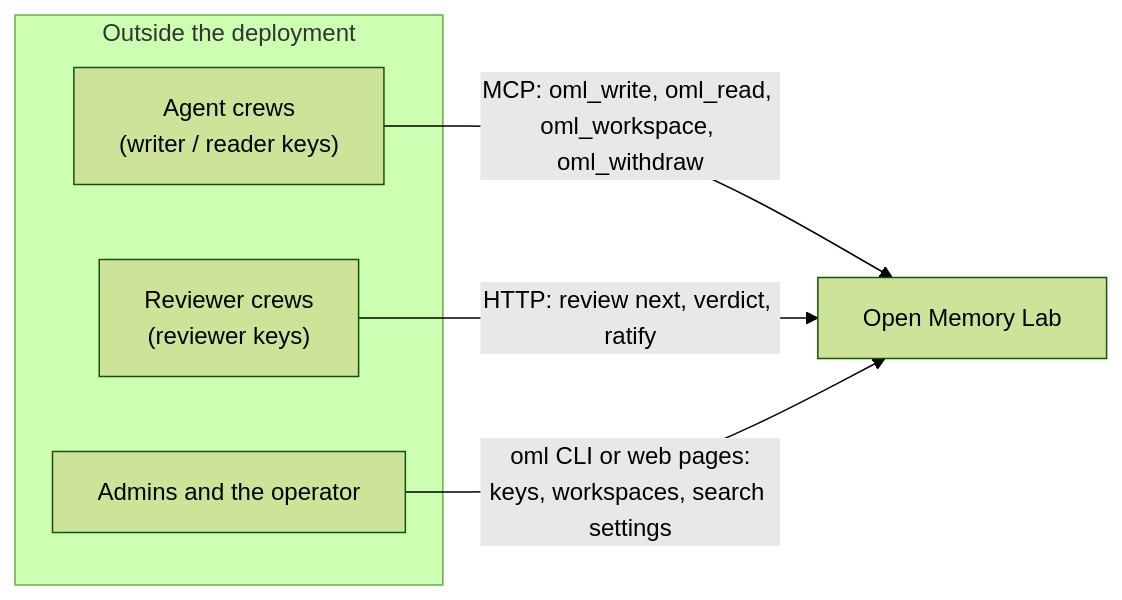
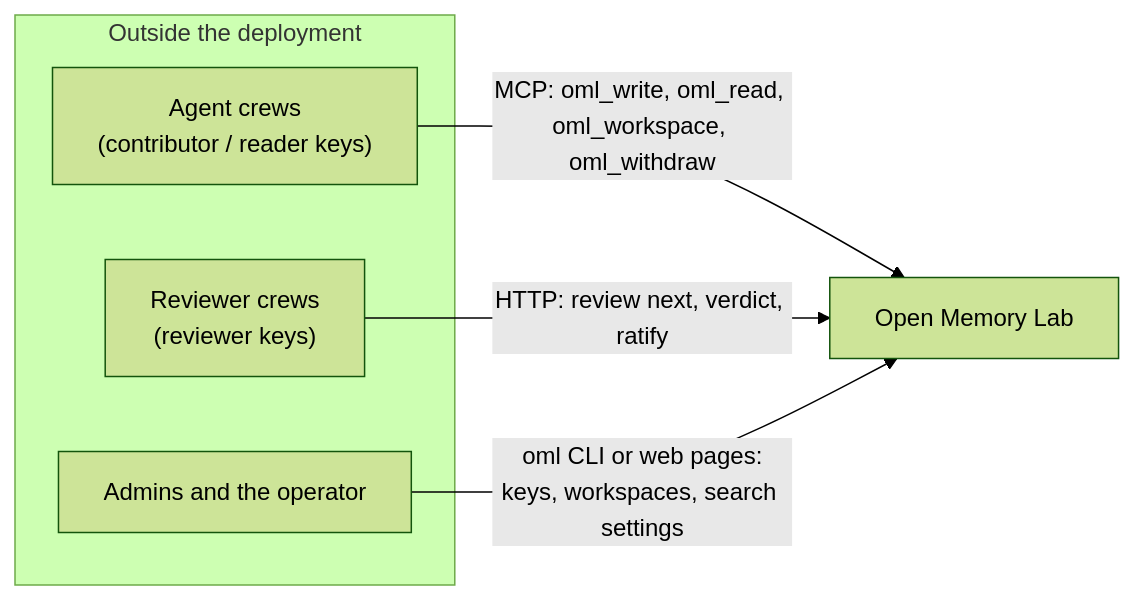
One commit to e8kor/open-memory-lab changed the first of 5 diagrams in docs/architecture/overview.md. Above: the diagram before and after it, drawn with Mermaid (forest theme). The commit also changed other lines of this file and 34 other files, not shown here.

Commit message:
Name contributor and submitter in the OpenAPI, the docs, the plugins' key skill and the diagrams, with the v0.8.4 upgrade note and client notice (ADR-0093 d6, d7, d8)

````diff
--- a/docs/architecture/overview.md
+++ b/docs/architecture/overview.md
@@ -27,12 +27,12 @@
 ```mermaid
 flowchart LR
     subgraph outside ["Outside the deployment"]
-        AG["Agent crews<br/>(writer / reader keys)"]
+        AG["Agent crews<br/>(contributor / reader keys)"]
         RC["Reviewer crews<br/>(reviewer keys)"]
         AD["Admins and the operator"]
     end
     OML["Open Memory Lab"]
     AG -- "MCP: oml_write, oml_read, oml_workspace, oml_withdraw" --> OML
     RC -- "HTTP: review next, verdict, ratify" --> OML
     AD -- "oml CLI or web pages:<br/>keys, workspaces, search settings" --> OML
 ```
````
